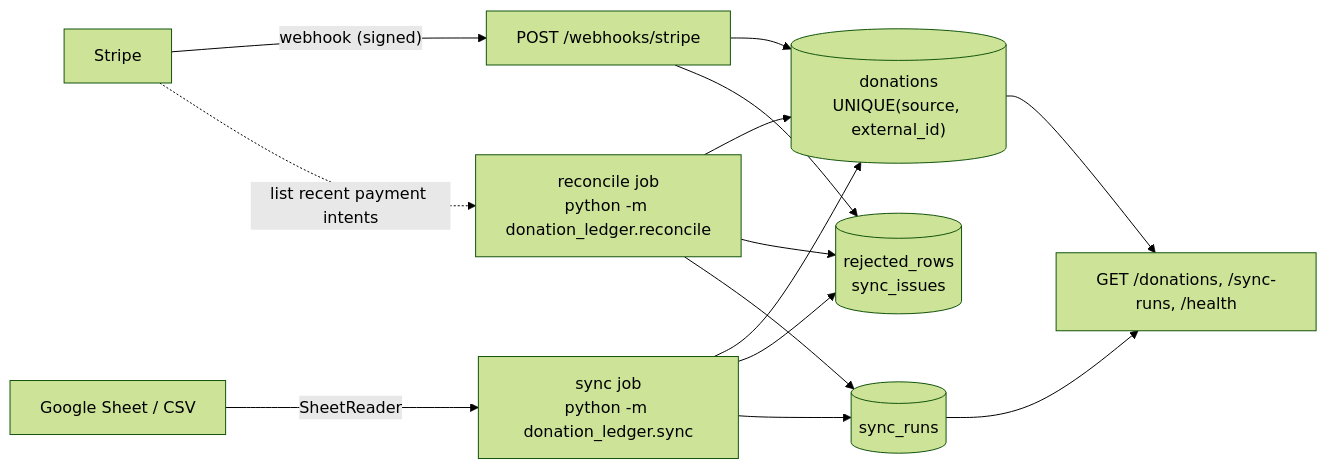
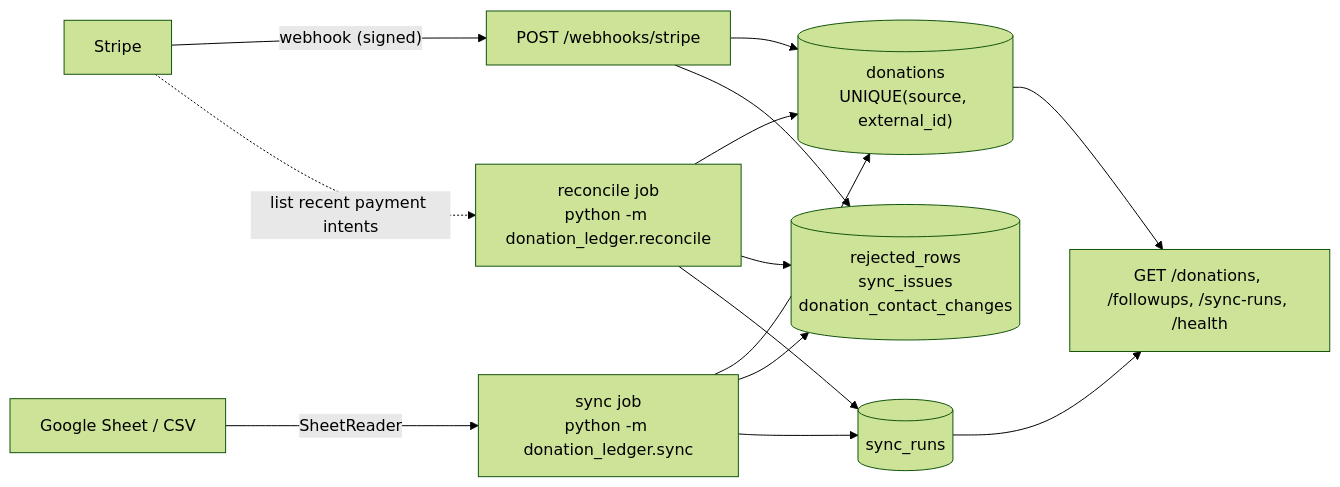
The diagram in README.md (spssspss0712/donation-ledger-agent), drawn with Mermaid (forest theme) before and after one commit. The commit also changed other lines of this file and 4 other files, not shown here.

````diff
--- a/README.md
+++ b/README.md
@@ -7,16 +7,16 @@
 ```mermaid
 flowchart LR
     S[Stripe] -- "webhook (signed)" --> W["POST /webhooks/stripe"]
     S -. "list recent payment intents" .-> R["reconcile job<br/>python -m donation_ledger.reconcile"]
     G[Google Sheet / CSV] -- "SheetReader" --> Y["sync job<br/>python -m donation_ledger.sync"]
     W --> L[("donations<br/>UNIQUE(source, external_id)")]
     R --> L
     Y --> L
-    Y --> Q[("rejected_rows<br/>sync_issues")]
+    Y --> Q[("rejected_rows<br/>sync_issues<br/>donation_contact_changes")]
     W --> Q
     R --> Q
     Y --> H[("sync_runs")]
     R --> H
-    L --> A["GET /donations, /sync-runs, /health"]
+    L --> A["GET /donations, /followups, /sync-runs, /health"]
     H --> A
 ```
````
